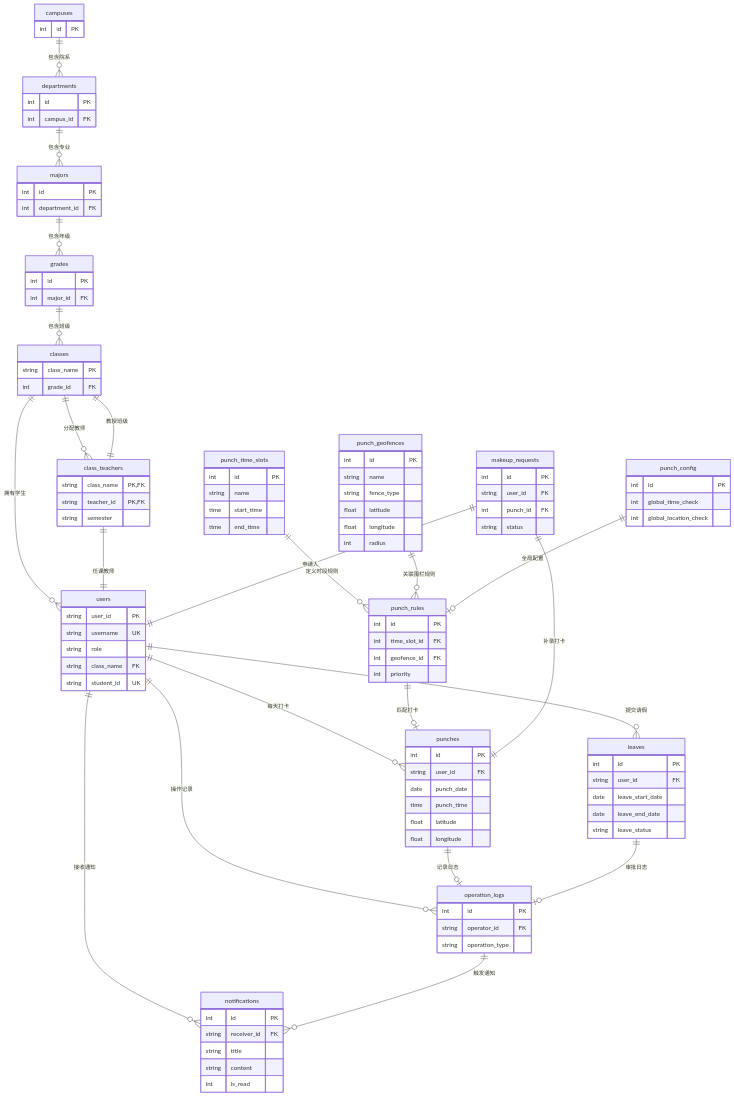
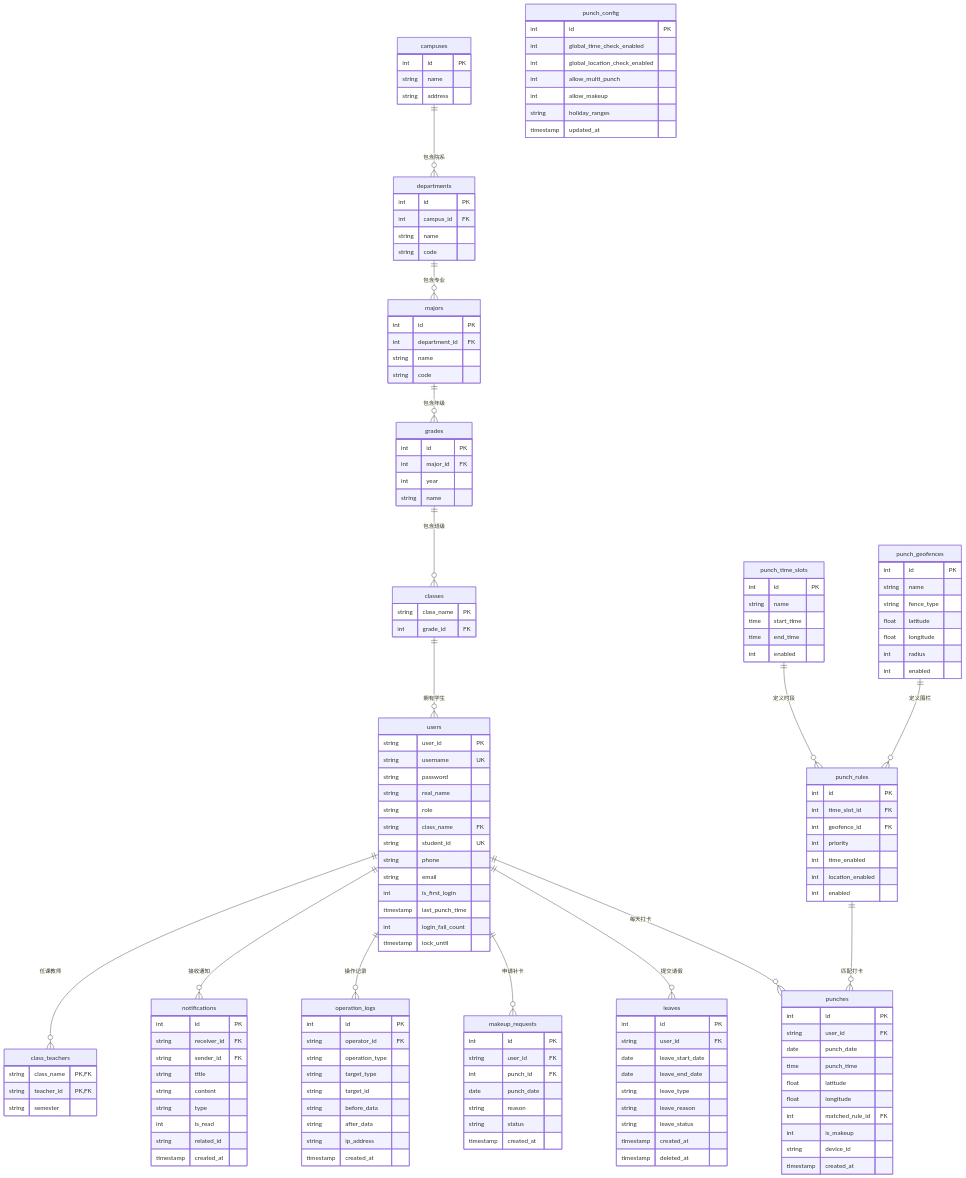
Before and after one commit to cchharrmmmmyyy/class-checkin-wxapp: the fourth of 4 diagrams in README.md, drawn with Mermaid. The commit also changed other lines of this file, not shown here.

````diff
--- a/README.md
+++ b/README.md
@@ -165,64 +279,112 @@
 ```mermaid
 erDiagram
+    campuses ||--o{ departments : "包含院系"
+    departments ||--o{ majors : "包含专业"
+    majors ||--o{ grades : "包含年级"
+    grades ||--o{ classes : "包含班级"
+    classes ||--o{ users : "拥有学生"
     users ||--o{ punches : "每天打卡"
     users ||--o{ leaves : "提交请假"
+    users ||--o{ makeup_requests : "申请补卡"
     users ||--o{ operation_logs : "操作记录"
     users ||--o{ notifications : "接收通知"
-    users {
-        string user_id PK
-        string username UK
-        string role
-        string class_name FK
-        string student_id UK
+    users ||--o{ class_teachers : "任课教师"
+
+    punch_time_slots ||--o{ punch_rules : "定义时段"
+    punch_geofences ||--o{ punch_rules : "定义围栏"
+    punch_rules ||--o{ punches : "匹配打卡"
+
+    campuses {
+        int id PK
+        string name
+        string address
     }
 
-    classes ||--o{ users : "拥有学生"
-    classes ||--o{ class_teachers : "分配教师"
+    departments {
+        int id PK
+        int campus_id FK
+        string name
+        string code
+    }
+
+    majors {
+        int id PK
+        int department_id FK
+        string name
+        string code
+    }
+
+    grades {
+        int id PK
+        int major_id FK
+        int year
+        string name
+    }
+
     classes {
         string class_name PK
         int grade_id FK
     }
 
-    grades ||--o{ classes : "包含班级"
-    grades {
-        int id PK
-        int major_id FK
+    users {
+        string user_id PK
+        string username UK
+        string password
+        string real_name
+        string role
+        string class_name FK
+        string student_id UK
+        string phone
+        string email
+        int is_first_login
+        timestamp last_punch_time
+        int login_fail_count
+        timestamp lock_until
     }
 
-    majors ||--o{ grades : "包含年级"
-    majors {
+    punches {
         int id PK
-        int department_id FK
+        string user_id FK
+        date punch_date
+        time punch_time
+        float latitude
+        float longitude
+        int matched_rule_id FK
+        int is_makeup
+        string device_id
+        timestamp created_at
     }
 
-    departments ||--o{ majors : "包含专业"
-    departments {
+    leaves {
         int id PK
-        int campus_id FK
+        string user_id FK
+        date leave_start_date
+        date leave_end_date
+        string leave_type
+        string leave_reason
+        string leave_status
+        timestamp created_at
+        timestamp deleted_at
     }
 
-    campuses ||--o{ departments : "包含院系"
-    campuses {
+    makeup_requests {
         int id PK
+        string user_id FK
+        int punch_id FK
+        date punch_date
+        string reason
+        string status
+        timestamp created_at
     }
 
-    class_teachers ||--|| classes : "教授班级"
-    class_teachers ||--|| users : "任课教师"
-    class_teachers {
-        string class_name PK,FK
-        string teacher_id PK,FK
-        string semester
-    }
-
-    punch_time_slots ||--o{ punch_rules : "定义时段规则"
     punch_time_slots {
         int id PK
         string name
         time start_time
         time end_time
+        int enabled
     }
 
-    punch_geofences ||--o{ punch_rules : "关联围栏规则"
     punch_geofences {
         int id PK
         string name
@@ -230,63 +392,56 @@
         float latitude
         float longitude
         int radius
+        int enabled
     }
 
-    punch_rules ||--o| punches : "匹配打卡"
     punch_rules {
         int id PK
         int time_slot_id FK
         int geofence_id FK
         int priority
+        int time_enabled
+        int location_enabled
+        int enabled
     }
 
-    punches ||--o| operation_logs : "记录日志"
-    punches {
-        int id PK
-        string user_id FK
-        date punch_date
-        time punch_time
-        float latitude
-        float longitude
-    }
-
-    leaves ||--o| operation_logs : "审批日志"
-    leaves {
-        int id PK
-        string user_id FK
-        date leave_start_date
-        date leave_end_date
-        string leave_status
-    }
-
-    makeup_requests ||--|| users : "申请人"
-    makeup_requests ||--|| punches : "补录打卡"
-    makeup_requests {
-        int id PK
-        string user_id FK
-        int punch_id FK
-        string status
-    }
-
-    punch_config ||--o| punch_rules : "全局配置"
-    punch_config {
-        int id PK
-        int global_time_check
-        int global_location_check
-    }
-
-    operation_logs ||--o{ notifications : "触发通知"
     operation_logs {
         int id PK
         string operator_id FK
         string operation_type
+        string target_type
+        string target_id
+        string before_data
+        string after_data
+        string ip_address
+        timestamp created_at
     }
 
     notifications {
         int id PK
         string receiver_id FK
+        string sender_id FK
         string title
         string content
+        string type
         int is_read
+        string related_id
+        timestamp created_at
+    }
+
+    class_teachers {
+        string class_name PK,FK
+        string teacher_id PK,FK
+        string semester
+    }
+
+    punch_config {
+        int id PK
+        int global_time_check_enabled
+        int global_location_check_enabled
+        int allow_multi_punch
+        int allow_makeup
+        string holiday_ranges
+        timestamp updated_at
     }
 ```
````
